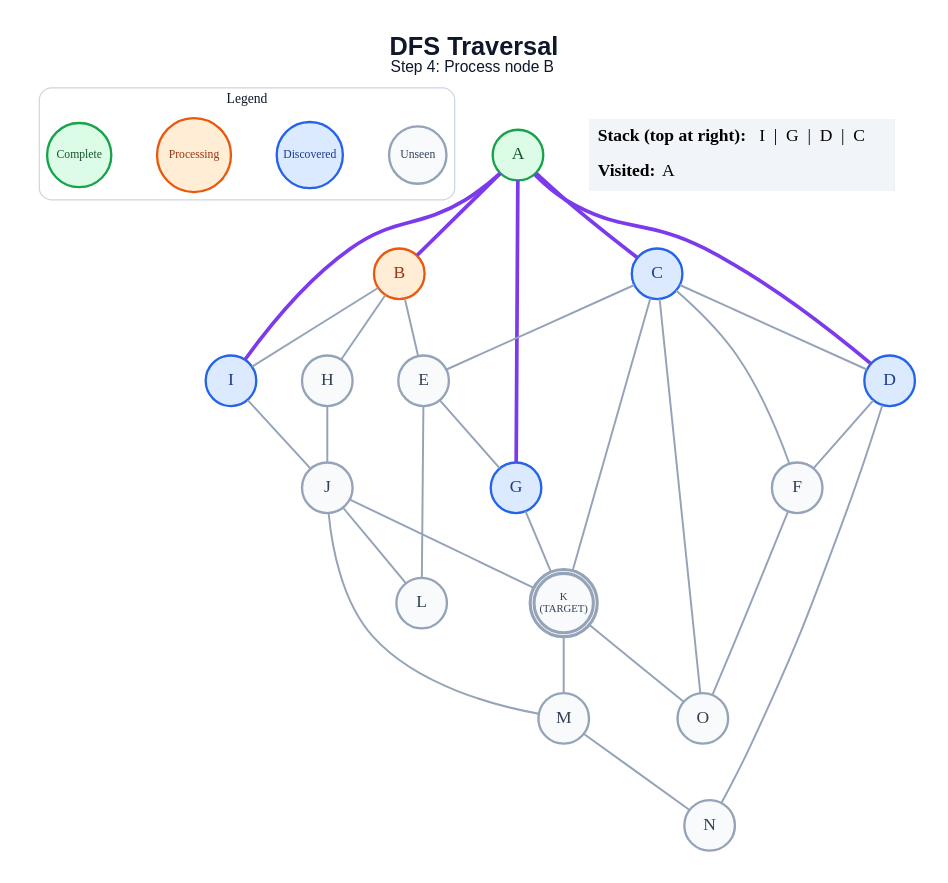
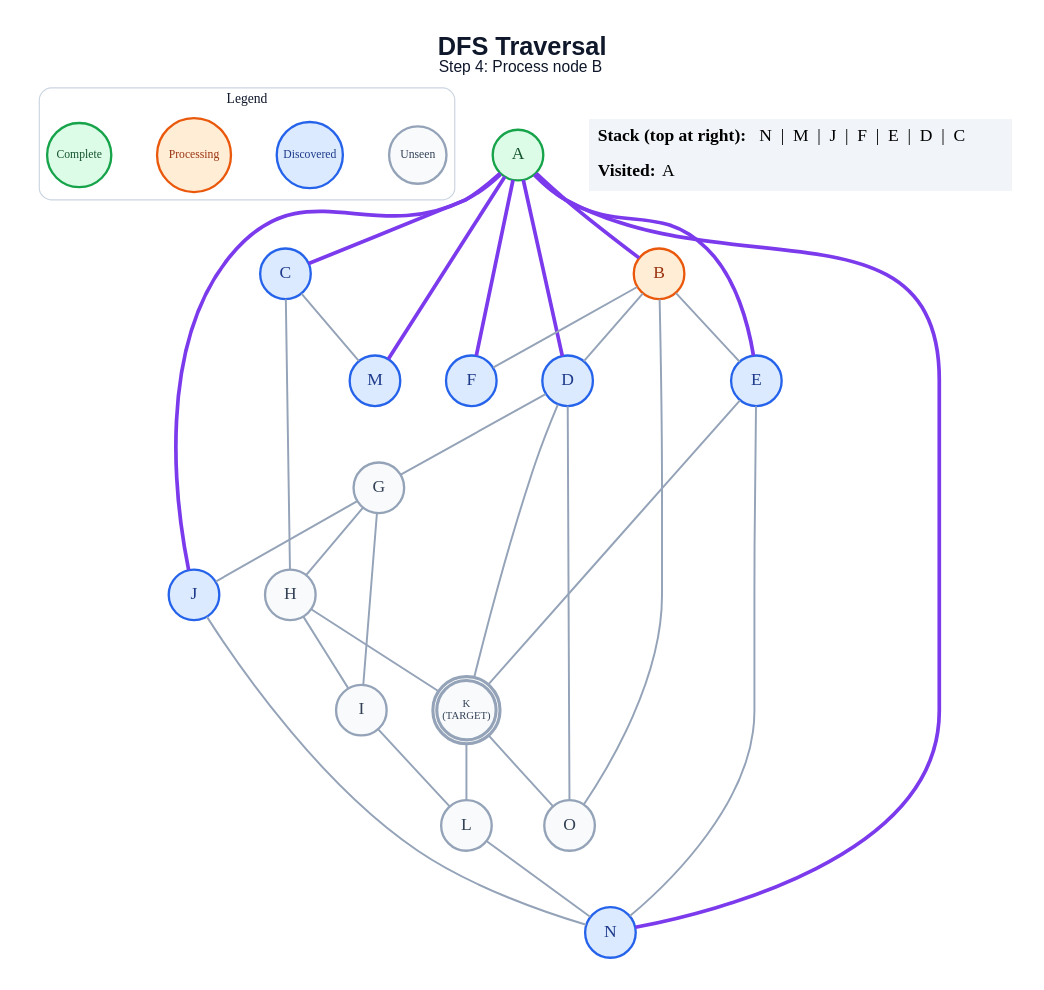
One commit to anon7238593-create/ai-slop changed the diagram in generated/short-circuit/dfs/step_04.dot. Above: the diagram before and after it, drawn with Graphviz. The commit also changed 221 other files, not shown here.

```diff
--- a/generated/short-circuit/dfs/step_04.dot
+++ b/generated/short-circuit/dfs/step_04.dot
@@ -1,61 +1,63 @@
 graph traversal {
   graph [layout=dot, rankdir=TB, bgcolor="#FFFFFF", pad="0.35", nodesep="0.65", ranksep="0.8", fontname="Arial"];
   node [shape=circle, style="filled", fontname="Arial Bold", fontsize=18, width=0.72, fixedsize=true, penwidth=2.4];
   edge [color="#94A3B8", penwidth=2.0];
   label=<<B>DFS Traversal</B><BR/><FONT POINT-SIZE="16">Step 4: Process node B</FONT>>; labelloc="t"; fontsize=26; fontname="Arial"; fontcolor="#0F172A";
   subgraph cluster_legend { label="Legend"; color="#CBD5E1"; penwidth=1.2; style="rounded"; fontsize=14; fontname="Arial Bold";
     key_unseen [label="Unseen", fillcolor="#F8FAFC", color="#94A3B8", fontcolor="#334155", fontsize=12, width=0.82];
     key_frontier [label="Discovered", fillcolor="#DBEAFE", color="#2563EB", fontcolor="#1E3A8A", fontsize=12, width=0.95];
     key_current [label="Processing", fillcolor="#FFEDD5", color="#EA580C", fontcolor="#9A3412", fontsize=12, width=1.05];
     key_done [label="Complete", fillcolor="#DCFCE7", color="#16A34A", fontcolor="#14532D", fontsize=12, width=0.92];
     { rank=same; key_unseen; key_frontier; key_current; key_done; }
   }
   A [label="A", fillcolor="#DCFCE7", color="#16A34A", fontcolor="#14532D", peripheries=1, penwidth=2.4];
   B [label="B", fillcolor="#FFEDD5", color="#EA580C", fontcolor="#9A3412", peripheries=1, penwidth=2.4];
   C [label="C", fillcolor="#DBEAFE", color="#2563EB", fontcolor="#1E3A8A", peripheries=1, penwidth=2.4];
   D [label="D", fillcolor="#DBEAFE", color="#2563EB", fontcolor="#1E3A8A", peripheries=1, penwidth=2.4];
-  E [label="E", fillcolor="#F8FAFC", color="#94A3B8", fontcolor="#334155", peripheries=1, penwidth=2.4];
-  F [label="F", fillcolor="#F8FAFC", color="#94A3B8", fontcolor="#334155", peripheries=1, penwidth=2.4];
-  G [label="G", fillcolor="#DBEAFE", color="#2563EB", fontcolor="#1E3A8A", peripheries=1, penwidth=2.4];
+  E [label="E", fillcolor="#DBEAFE", color="#2563EB", fontcolor="#1E3A8A", peripheries=1, penwidth=2.4];
+  F [label="F", fillcolor="#DBEAFE", color="#2563EB", fontcolor="#1E3A8A", peripheries=1, penwidth=2.4];
+  G [label="G", fillcolor="#F8FAFC", color="#94A3B8", fontcolor="#334155", peripheries=1, penwidth=2.4];
   H [label="H", fillcolor="#F8FAFC", color="#94A3B8", fontcolor="#334155", peripheries=1, penwidth=2.4];
-  I [label="I", fillcolor="#DBEAFE", color="#2563EB", fontcolor="#1E3A8A", peripheries=1, penwidth=2.4];
-  J [label="J", fillcolor="#F8FAFC", color="#94A3B8", fontcolor="#334155", peripheries=1, penwidth=2.4];
+  I [label="I", fillcolor="#F8FAFC", color="#94A3B8", fontcolor="#334155", peripheries=1, penwidth=2.4];
+  J [label="J", fillcolor="#DBEAFE", color="#2563EB", fontcolor="#1E3A8A", peripheries=1, penwidth=2.4];
   K [label="K\n(TARGET)", fillcolor="#F8FAFC", color="#94A3B8", fontcolor="#334155", peripheries=2, penwidth=3.2, fontsize=11, width=0.85, height=0.85];
   L [label="L", fillcolor="#F8FAFC", color="#94A3B8", fontcolor="#334155", peripheries=1, penwidth=2.4];
-  M [label="M", fillcolor="#F8FAFC", color="#94A3B8", fontcolor="#334155", peripheries=1, penwidth=2.4];
-  N [label="N", fillcolor="#F8FAFC", color="#94A3B8", fontcolor="#334155", peripheries=1, penwidth=2.4];
+  M [label="M", fillcolor="#DBEAFE", color="#2563EB", fontcolor="#1E3A8A", peripheries=1, penwidth=2.4];
+  N [label="N", fillcolor="#DBEAFE", color="#2563EB", fontcolor="#1E3A8A", peripheries=1, penwidth=2.4];
   O [label="O", fillcolor="#F8FAFC", color="#94A3B8", fontcolor="#334155", peripheries=1, penwidth=2.4];
   A -- B [color="#7C3AED", penwidth=3.8];
   A -- C [color="#7C3AED", penwidth=3.8];
   A -- D [color="#7C3AED", penwidth=3.8];
-  A -- G [color="#7C3AED", penwidth=3.8];
-  A -- I [color="#7C3AED", penwidth=3.8];
+  A -- E [color="#7C3AED", penwidth=3.8];
+  A -- F [color="#7C3AED", penwidth=3.8];
+  A -- J [color="#7C3AED", penwidth=3.8];
+  A -- M [color="#7C3AED", penwidth=3.8];
+  A -- N [color="#7C3AED", penwidth=3.8];
+  B -- D;
   B -- E;
-  B -- H;
-  B -- I;
-  C -- D;
-  C -- E;
-  C -- F;
-  C -- K;
-  C -- O;
-  D -- F;
-  D -- N;
-  E -- G;
-  E -- L;
-  F -- O;
-  G -- K;
-  H -- J;
-  I -- J;
-  J -- K;
-  J -- L;
-  J -- M;
-  K -- M;
+  B -- F;
+  B -- O;
+  C -- H;
+  C -- M;
+  D -- G;
+  D -- K;
+  D -- O;
+  E -- K;
+  E -- N;
+  G -- H;
+  G -- I;
+  G -- J;
+  H -- I;
+  H -- K;
+  I -- L;
+  J -- N;
+  K -- L;
   K -- O;
-  M -- N;
+  L -- N;
   status [shape=plain, fixedsize=false, width=0, height=0, margin=0, label=<
     <TABLE BORDER="0" CELLBORDER="0" CELLPADDING="7" BGCOLOR="#F1F5F9">
-      <TR><TD ALIGN="LEFT"><B>Stack (top at right):</B> I  |  G  |  D  |  C</TD></TR>
+      <TR><TD ALIGN="LEFT"><B>Stack (top at right):</B> N  |  M  |  J  |  F  |  E  |  D  |  C</TD></TR>
       <TR><TD ALIGN="LEFT"><B>Visited:</B> A</TD></TR>
     </TABLE>
   >];
 }
```
